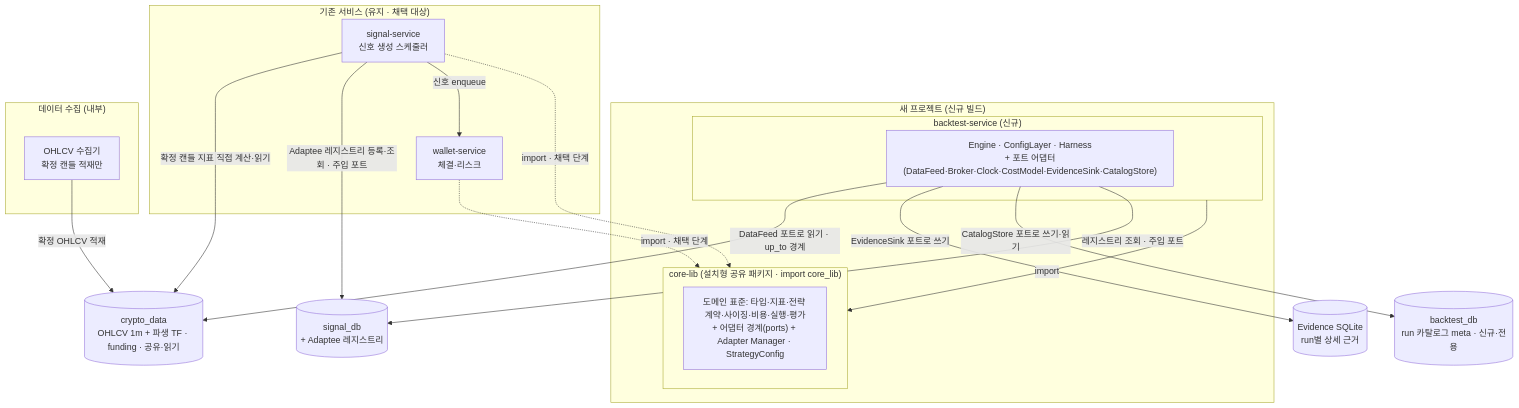
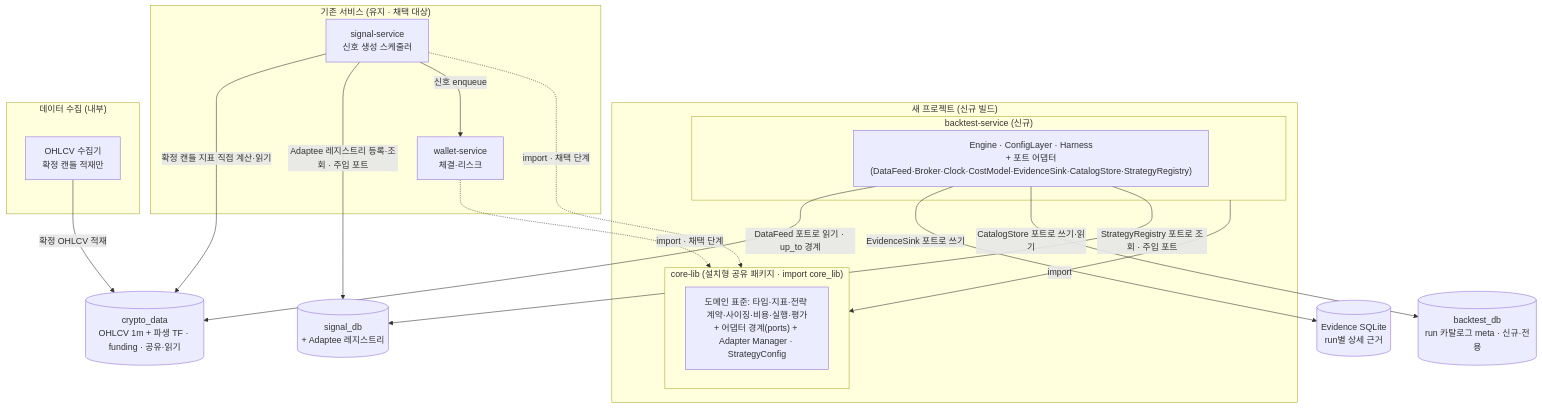
Before and after one commit to vessel35/trading-system-v2: the first of 2 diagrams in docs/fullspec/backtest_v2_detailed_design.md, drawn with Mermaid. The commit also changed other lines of this file, not shown here.

````diff
--- a/docs/fullspec/backtest_v2_detailed_design.md
+++ b/docs/fullspec/backtest_v2_detailed_design.md
@@ -113,36 +113,36 @@
 ```mermaid
 flowchart TD
     subgraph NEW["새 프로젝트 (신규 빌드)"]
         subgraph CORELIB["core-lib (설치형 공유 패키지 · import core_lib)"]
             CORE["도메인 표준: 타입·지표·전략 계약·사이징·비용·실행·평가<br/>+ 어댑터 경계(ports) + Adapter Manager · StrategyConfig"]
         end
         subgraph BTS["backtest-service (신규)"]
-            ENG["Engine · ConfigLayer · Harness<br/>+ 포트 어댑터(DataFeed·Broker·Clock·CostModel·EvidenceSink·CatalogStore)"]
+            ENG["Engine · ConfigLayer · Harness<br/>+ 포트 어댑터(DataFeed·Broker·Clock·CostModel·EvidenceSink·CatalogStore·StrategyRegistry)"]
         end
     end
     subgraph KEEP["기존 서비스 (유지 · 채택 대상)"]
         SS["signal-service<br/>신호 생성 스케줄러"]
         WS["wallet-service<br/>체결·리스크"]
     end
     subgraph COLLECT["데이터 수집 (내부)"]
         COLL["OHLCV 수집기<br/>확정 캔들 적재만"]
     end
     CD[("crypto_data<br/>OHLCV 1m + 파생 TF · funding · 공유·읽기")]
     PG[("backtest_db<br/>run 카탈로그 meta · 신규·전용")]
     SDB[("signal_db<br/>+ Adaptee 레지스트리")]
     SQ[("Evidence SQLite<br/>run별 상세 근거")]
 
     BTS -->|import| CORELIB
     SS -.->|import · 채택 단계| CORELIB
     WS -.->|import · 채택 단계| CORELIB
 
     ENG -->|DataFeed 포트로 읽기 · up_to 경계| CD
     ENG -->|EvidenceSink 포트로 쓰기| SQ
     ENG -->|CatalogStore 포트로 쓰기·읽기| PG
-    ENG -->|레지스트리 조회 · 주입 포트| SDB
+    ENG -->|StrategyRegistry 포트로 조회 · 주입 포트| SDB
 
     COLL -->|확정 OHLCV 적재| CD
     SS -->|확정 캔들 지표 직접 계산·읽기| CD
     SS -->|Adaptee 레지스트리 등록·조회 · 주입 포트| SDB
     SS -->|신호 enqueue| WS
 ```
````
